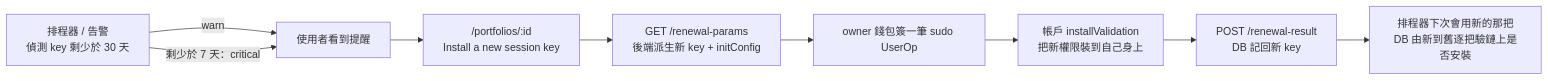
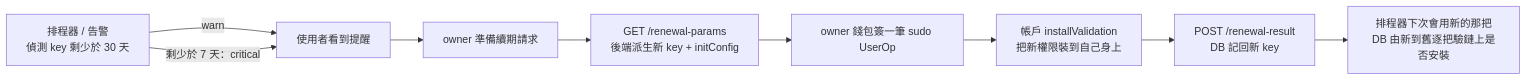
The fifth of 5 diagrams in docs/user-flow.md (CRE88888888/cre8-app-public), drawn with Mermaid before and after one commit. The commit also changed other lines of this file and 638 other files, not shown here.

````diff
--- a/docs/user-flow.md
+++ b/docs/user-flow.md
@@ -187,11 +190,11 @@
 ```mermaid
 flowchart LR
     A["排程器 / 告警<br/>偵測 key 剩少於 30 天"] -->|warn| B[使用者看到提醒]
     A -->|"剩少於 7 天：critical"| B
-    B --> C["/portfolios/:id<br/>Install a new session key"]
+    B --> C[owner 準備續期請求]
     C --> D[GET /renewal-params<br/>後端派生新 key + initConfig]
     D --> E[owner 錢包簽一筆 sudo UserOp]
     E --> F[帳戶 installValidation<br/>把新權限裝到自己身上]
     F --> G[POST /renewal-result<br/>DB 記回新 key]
     G --> H[排程器下次會用新的那把<br/>DB 由新到舊逐把驗鏈上是否安裝]
 ```
````
